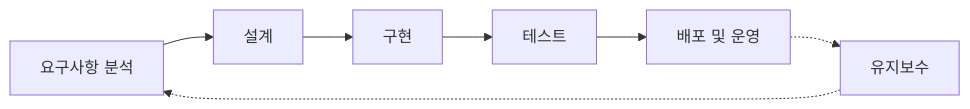
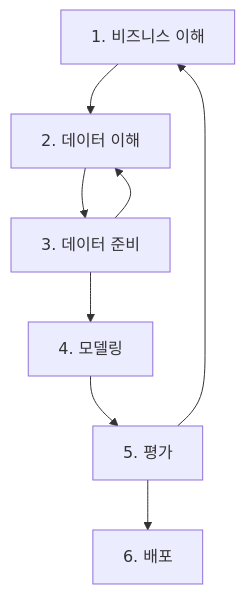
Before and after one commit to hanaoverride/data-scientist-cookbook-for-korean: the second of 2 diagrams in Chapter I. 기반지식 학습/7. 기초 CS 이론 II/1. 소프트웨어 개발 이론/1. 소프트웨어 공학.md, drawn with Mermaid. The commit also changed other lines of this file and 132 other files, not shown here.

````diff
--- a/Chapter I. 기반지식 학습/7. 기초 CS 이론 II/1. 소프트웨어 개발 이론/1. 소프트웨어 공학.md
+++ b/Chapter I. 기반지식 학습/7. 기초 CS 이론 II/1. 소프트웨어 개발 이론/1. 소프트웨어 공학.md
@@ -83,9 +68,10 @@
 ```mermaid
-graph LR
-    A[요구사항 분석] --> B[설계]
-    B --> C[구현]
-    C --> D[테스트]
-    D --> E[배포 및 운영]
-    E -.-> F[유지보수]
-    F -.-> A
+graph TD
+    A[1. 비즈니스 이해] --> B[2. 데이터 이해]
+    B --> C[3. 데이터 준비]
+    C --> D[4. 모델링]
+    D --> E[5. 평가]
+    E --> F[6. 배포]
+    E --> A
+    C --> B
 ```
````
